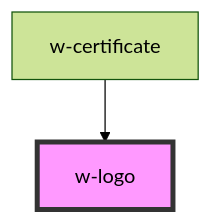
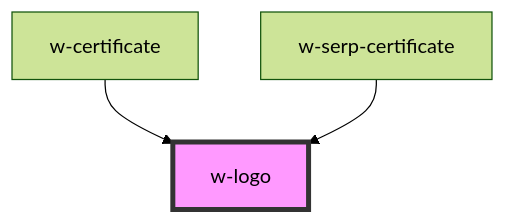
The diagram in src/components/w-logo/readme.md (wordproof/ui), drawn with Mermaid (forest theme) before and after one commit. The commit also changed other lines of this file and 2 other files, not shown here.

Commit message:
auto generate components docs

````diff
--- a/src/components/w-logo/readme.md
+++ b/src/components/w-logo/readme.md
@@ -28,5 +29,6 @@
 ```mermaid
 graph TD;
   w-certificate --> w-logo
+  w-serp-certificate --> w-logo
   style w-logo fill:#f9f,stroke:#333,stroke-width:4px
 ```
````
